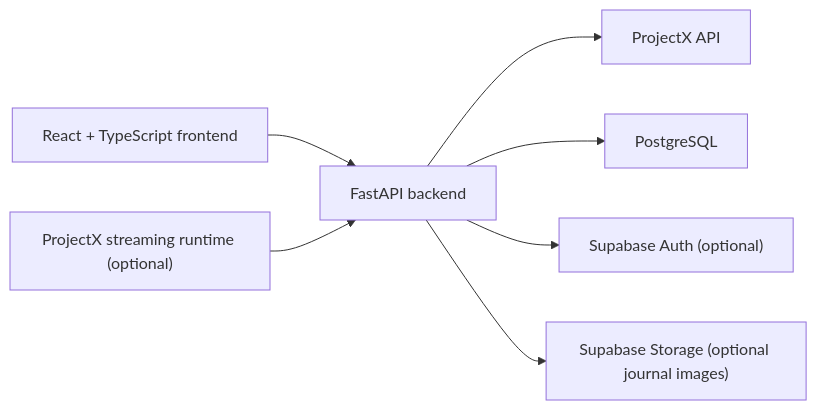
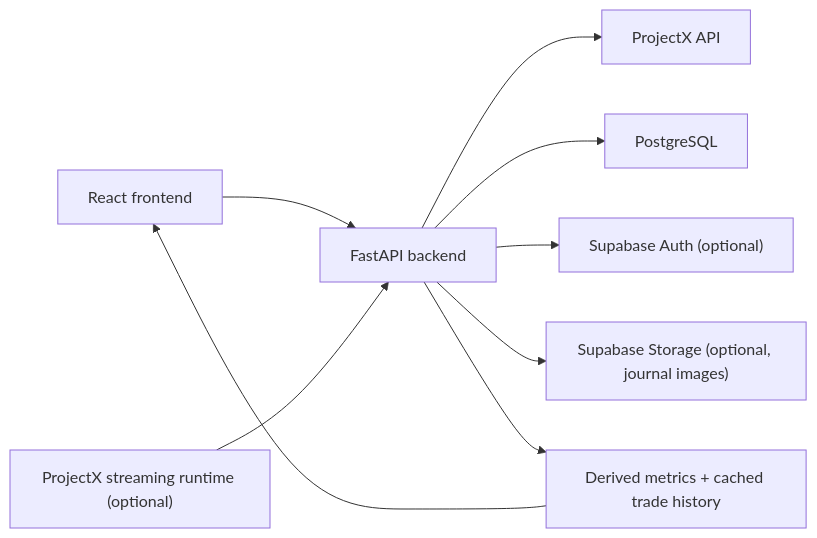
Before and after one commit to drewstake/TopSignal: the diagram in README.md, drawn with Mermaid. The commit also changed other lines of this file, not shown here.

````diff
--- a/README.md
+++ b/README.md
@@ -24,9 +191,11 @@
 ```mermaid
 flowchart LR
-    A["React + TypeScript frontend"] --> B["FastAPI backend"]
+    A["React frontend"] --> B["FastAPI backend"]
     B --> C["ProjectX API"]
     B --> D["PostgreSQL"]
     B --> E["Supabase Auth (optional)"]
-    B --> F["Supabase Storage (optional journal images)"]
+    B --> F["Supabase Storage (optional, journal images)"]
     G["ProjectX streaming runtime (optional)"] --> B
+    B --> H["Derived metrics + cached trade history"]
+    H --> A
 ```
````
